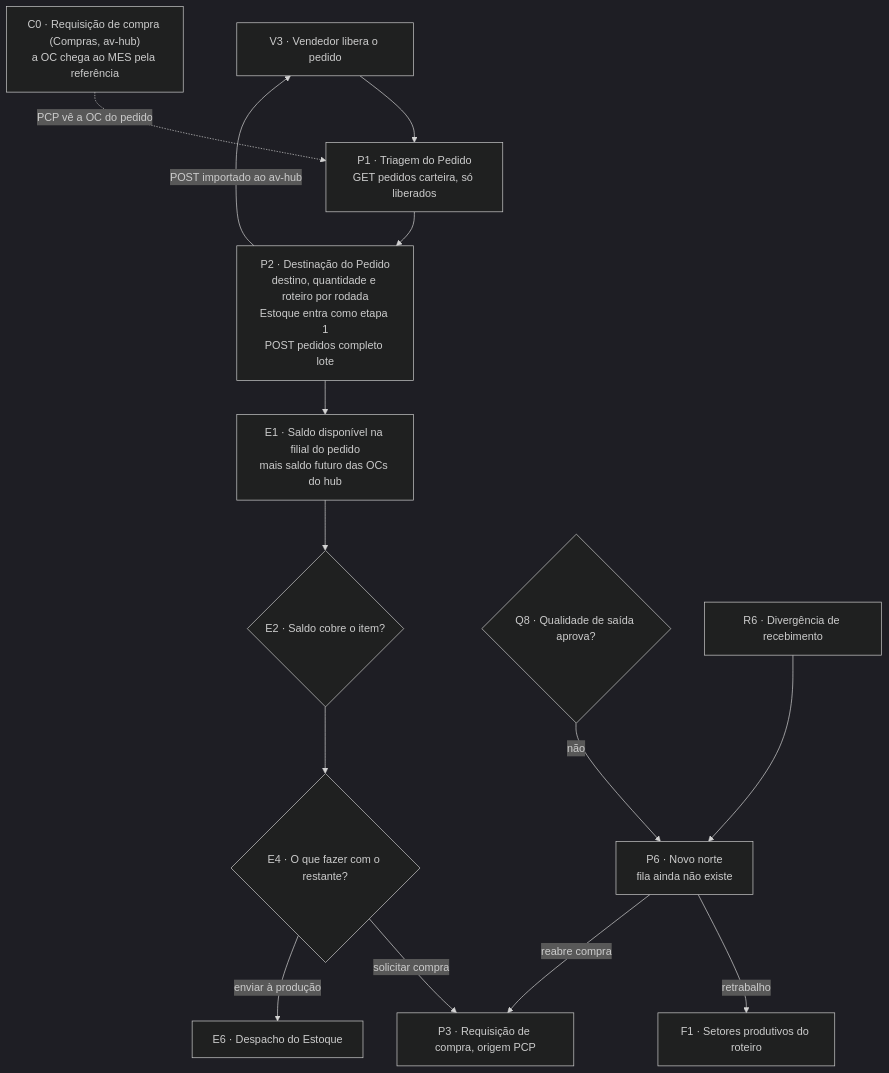
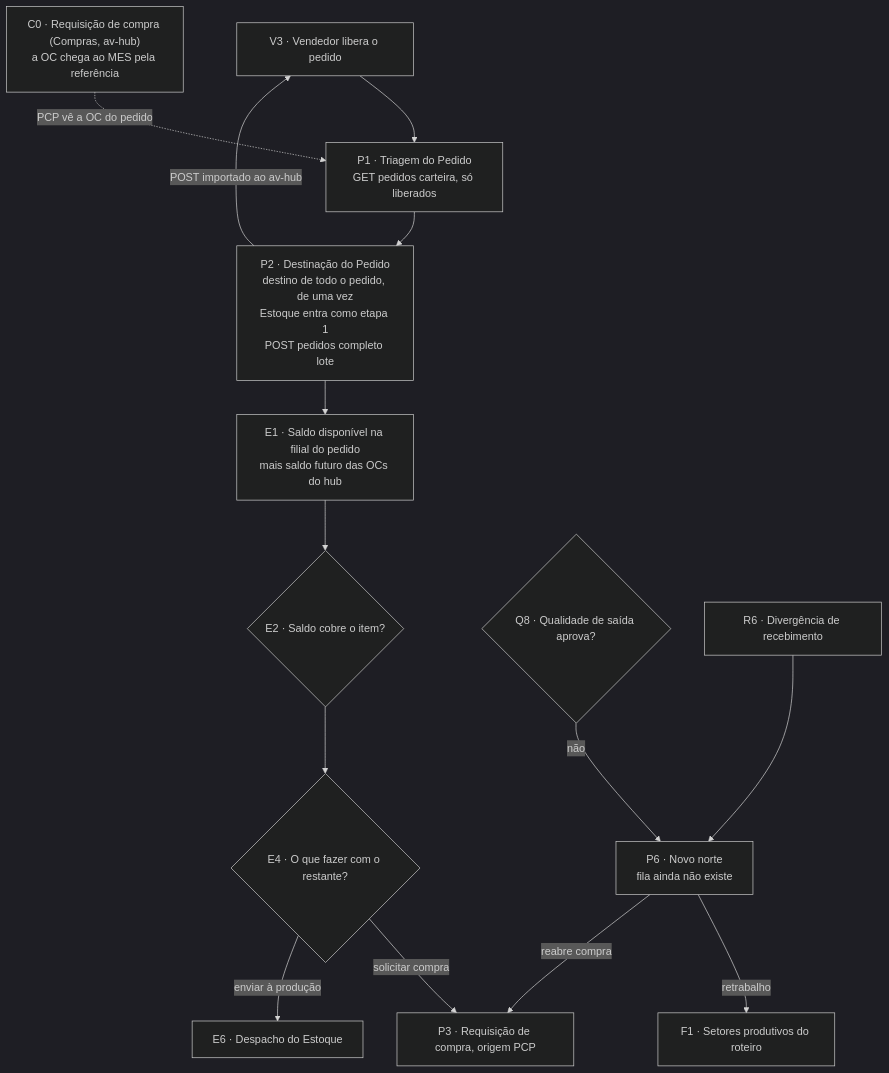
The diagram in 02-Fluxo-de-Atividades/04-PCP-Triagem-e-Destinacao.md (pablo-cruzbr/vault-avhub-mer), drawn with Mermaid (dark theme) before and after one commit. The commit also changed other lines of this file, not shown here.

````diff
--- a/02-Fluxo-de-Atividades/04-PCP-Triagem-e-Destinacao.md
+++ b/02-Fluxo-de-Atividades/04-PCP-Triagem-e-Destinacao.md
@@ -203,16 +203,16 @@
 ```mermaid
 flowchart TD
     V3["V3 · Vendedor libera o pedido"] --> P1["P1 · Triagem do Pedido<br/>GET pedidos carteira, só liberados"]
-    P1 --> P2["P2 · Destinação do Pedido<br/>destino, quantidade e roteiro por rodada<br/>Estoque entra como etapa 1<br/>POST pedidos completo lote"]
+    P1 --> P2["P2 · Destinação do Pedido<br/>destino de todo o pedido, de uma vez<br/>Estoque entra como etapa 1<br/>POST pedidos completo lote"]
     P2 -->|"POST importado ao av-hub"| V3
     P2 --> E1["E1 · Saldo disponível na filial do pedido<br/>mais saldo futuro das OCs do hub"]
     C0["C0 · Requisição de compra (Compras, av-hub)<br/>a OC chega ao MES pela referência"] -.->|"PCP vê a OC do pedido"| P1
     E1 --> E2{"E2 · Saldo cobre o item?"}
     E2 --> E4{"E4 · O que fazer com o restante?"}
     E4 -->|"solicitar compra"| P3["P3 · Requisição de compra, origem PCP"]
     E4 -->|"enviar à produção"| E6["E6 · Despacho do Estoque"]
     Q8{"Q8 · Qualidade de saída aprova?"} -->|não| P6["P6 · Novo norte<br/>fila ainda não existe"]
     R6["R6 · Divergência de recebimento"] --> P6
     P6 -->|retrabalho| F1["F1 · Setores produtivos do roteiro"]
     P6 -->|"reabre compra"| P3
 ```
````
